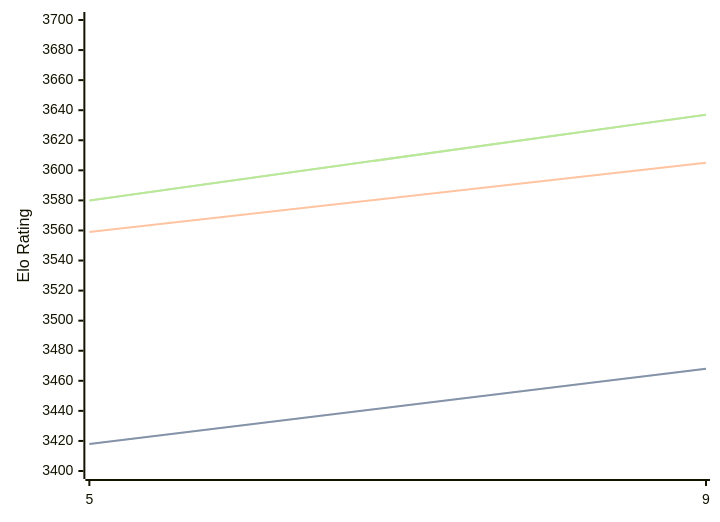
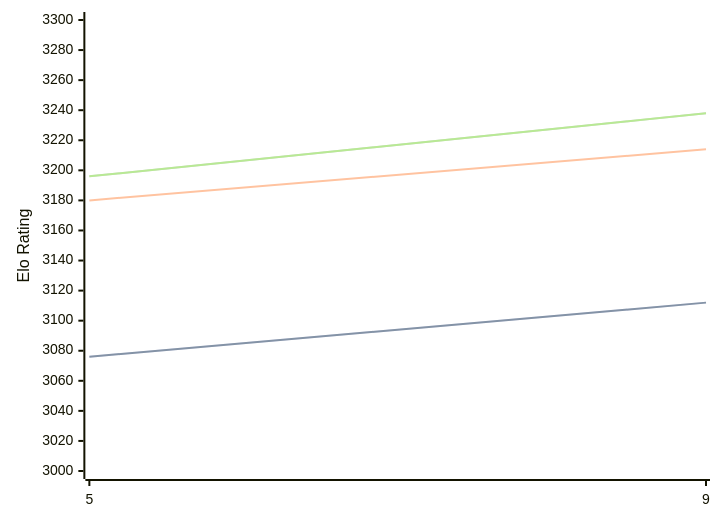
The diagram in engines/Crystal.md (computer-chess-index/cci), drawn with Mermaid before and after one commit. The commit also changed other lines of this file, not shown here.

Commit message:
Update CCI Ratings (ELO VLTC) - 2026-02-23

````diff
--- a/engines/Crystal.md
+++ b/engines/Crystal.md
@@ -57,11 +57,11 @@
 ```mermaid
 %%{init: {"theme":"base","themeVariables":{"seriesColors:['#a3a3a3','#222221','#faa371']}}}%%
 xychart-beta
   x-axis ["5", "9"]
-  y-axis "Elo Rating" 3400 --> 3700
-  line "STC (8.0+0.08s)" [3418, 3468]
-  line "STC (8.0+0.08s)" [3418, 3468]
-  line "LTC (60.0+0.60s)" [3559, 3605]
-  line "VLTC (2m24s+1.12s)" [3580, 3637]
-  line "VLTC (2m24s+1.12s)" [3580, 3637]
+  y-axis "Elo Rating" 3000 --> 3300
+  line "STC (8.0+0.08s)" [3076, 3112]
+  line "STC (8.0+0.08s)" [3076, 3112]
+  line "LTC (60.0+0.60s)" [3180, 3214]
+  line "VLTC (2m24s+1.12s)" [3196, 3238]
+  line "VLTC (2m24s+1.12s)" [3196, 3238]
 ```
````
